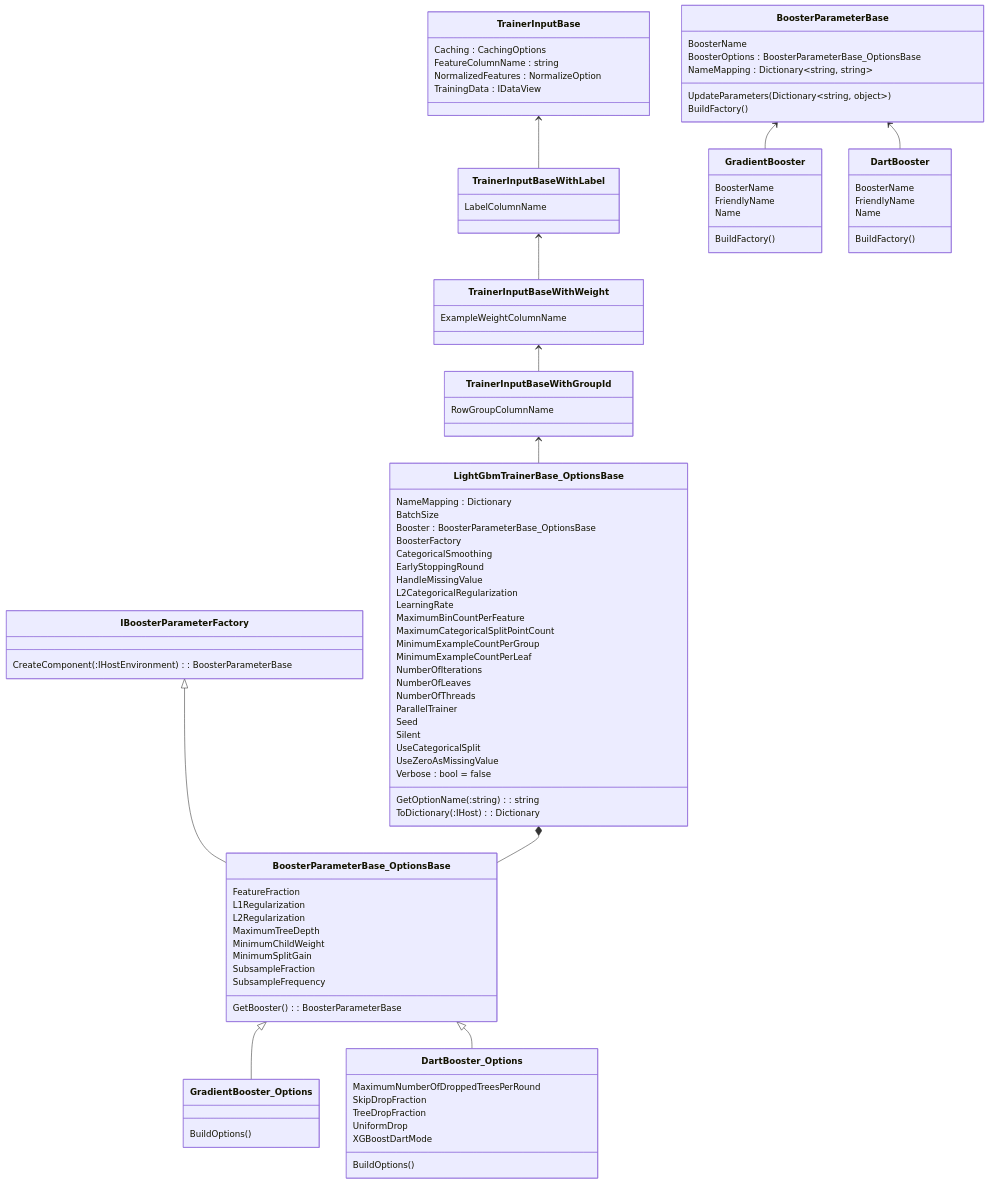
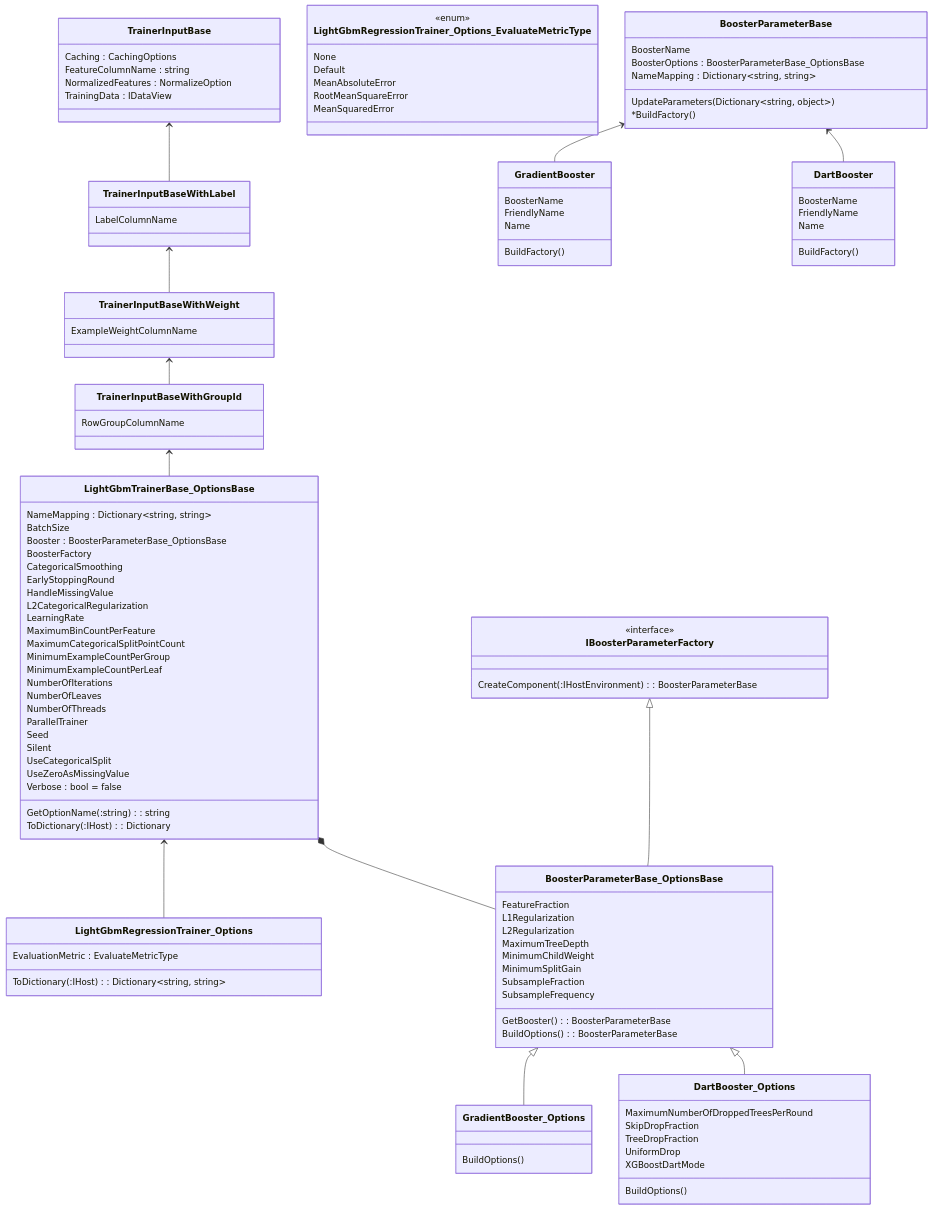
Before and after one commit to rgesteve/mlnetarchdiagrams: the diagram in class_traineroptions.mmd, drawn with Mermaid.

Commit message:
Some annotations and fleshed out tree some

```diff
--- a/class_traineroptions.mmd
+++ b/class_traineroptions.mmd
@@ -1,99 +1,116 @@
 classDiagram 
 class LightGbmTrainerBase_OptionsBase {
-  NameMapping : Dictionary<string, string>
+  NameMapping : Dictionary~string, string~
   BatchSize
   Booster : BoosterParameterBase_OptionsBase
   BoosterFactory
   CategoricalSmoothing
   EarlyStoppingRound
   HandleMissingValue
   L2CategoricalRegularization
   LearningRate 
   MaximumBinCountPerFeature 
   MaximumCategoricalSplitPointCount
   MinimumExampleCountPerGroup
   MinimumExampleCountPerLeaf 
   NumberOfIterations 
   NumberOfLeaves 
   NumberOfThreads 
   ParallelTrainer 
   Seed 
   Silent 
   UseCategoricalSplit 
   UseZeroAsMissingValue 
   Verbose : bool = false
   GetOptionName(:string) : string
   ToDictionary(:IHost) : Dictionary<string, string>
 }
 class TrainerInputBaseWithGroupId {
   RowGroupColumnName
 }
 class TrainerInputBaseWithWeight {
   ExampleWeightColumnName
 }
 class TrainerInputBaseWithLabel {
   LabelColumnName
 }
 class TrainerInputBase {
     Caching : CachingOptions
     FeatureColumnName : string
     NormalizedFeatures : NormalizeOption
     TrainingData : IDataView
 }
 TrainerInputBaseWithGroupId <-- LightGbmTrainerBase_OptionsBase
 TrainerInputBaseWithWeight <-- TrainerInputBaseWithGroupId
 TrainerInputBaseWithLabel <-- TrainerInputBaseWithWeight
 TrainerInputBase <-- TrainerInputBaseWithLabel
 
+class LightGbmRegressionTrainer_Options {
+  EvaluationMetric : EvaluateMetricType
+  ToDictionary(:IHost) : Dictionary~string, string~
+}
+class LightGbmRegressionTrainer_Options_EvaluateMetricType {
+  None 
+  Default 
+  MeanAbsoluteError 
+  RootMeanSquareError 
+  MeanSquaredError
+}
+<<enum>> LightGbmRegressionTrainer_Options_EvaluateMetricType
+
+LightGbmTrainerBase_OptionsBase <-- LightGbmRegressionTrainer_Options
+
 class BoosterParameterBase_OptionsBase {
     FeatureFraction
     L1Regularization 
     L2Regularization 
     MaximumTreeDepth 
     MinimumChildWeight 
     MinimumSplitGain 
     SubsampleFraction 
     SubsampleFrequency
     GetBooster() : BoosterParameterBase
+    BuildOptions() : BoosterParameterBase
 }
 class GradientBooster_Options {
   BuildOptions()
 }
 class DartBooster_Options {
   MaximumNumberOfDroppedTreesPerRound
   SkipDropFraction
   TreeDropFraction
   UniformDrop
   XGBoostDartMode
   BuildOptions()
 }
 class IBoosterParameterFactory {
    CreateComponent(:IHostEnvironment) : BoosterParameterBase
 }
+<<interface>> IBoosterParameterFactory
 IBoosterParameterFactory <|-- BoosterParameterBase_OptionsBase
 BoosterParameterBase_OptionsBase <|-- GradientBooster_Options
 BoosterParameterBase_OptionsBase <|-- DartBooster_Options
 
 LightGbmTrainerBase_OptionsBase *-- BoosterParameterBase_OptionsBase
 
 class BoosterParameterBase {
     BoosterName
     BoosterOptions : BoosterParameterBase_OptionsBase
     NameMapping : Dictionary~string, string~
     UpdateParameters(Dictionary~string, object~)
-    BuildFactory()
+    *BuildFactory()
 }
 class GradientBooster {
     BoosterName
     FriendlyName
     Name
     BuildFactory()
 }
 class DartBooster {
     BoosterName
     FriendlyName
     Name
     BuildFactory()
 }
 BoosterParameterBase <-- GradientBooster
 BoosterParameterBase <-- DartBooster
```
